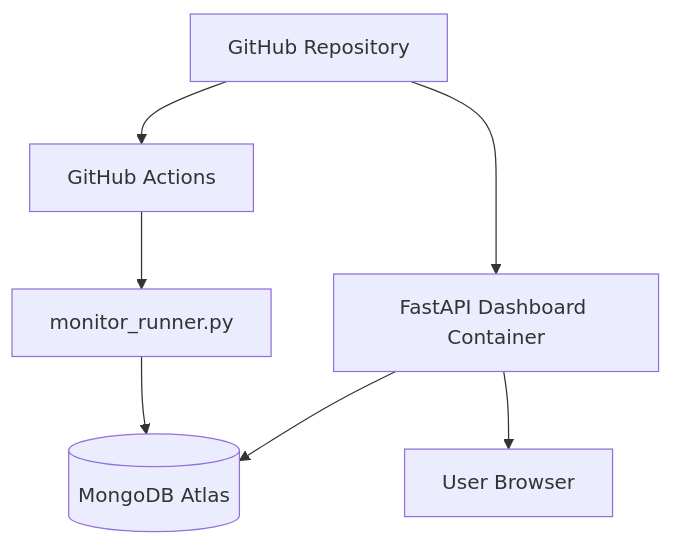
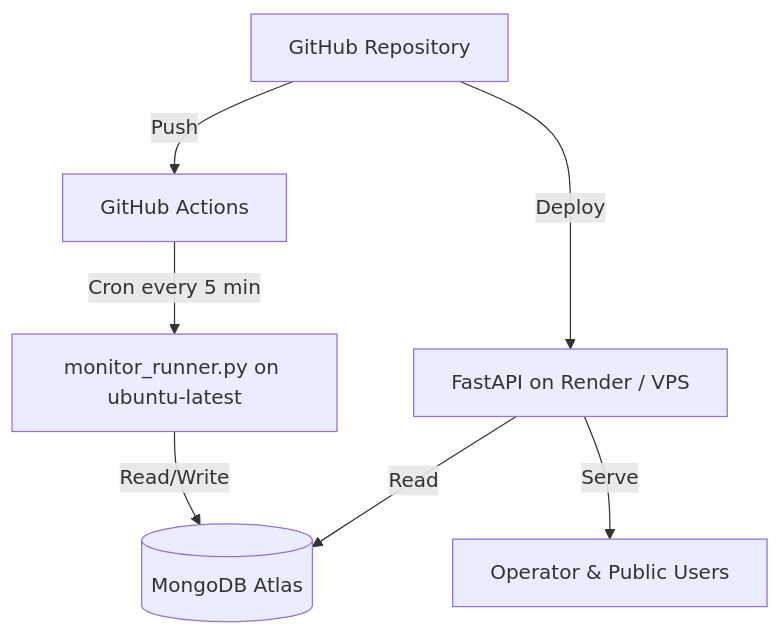
The third of 3 diagrams in README.md (UjjwalSaini07/Server-Guardian), drawn with Mermaid before and after one commit. The commit also changed other lines of this file, not shown here.

````diff
--- a/README.md
+++ b/README.md
@@ -83,9 +167,9 @@
 ```mermaid
 graph TD
-    Source[GitHub Repository] --> Actions[GitHub Actions]
-    Source --> App[FastAPI Dashboard Container]
-    Actions --> Worker[monitor_runner.py]
-    Worker --> Atlas[(MongoDB Atlas)]
-    App --> Atlas
-    App --> Browser[User Browser]
+    Repo[GitHub Repository] -->|Push| GHA[GitHub Actions]
+    Repo -->|Deploy| Render[FastAPI on Render / VPS]
+    GHA -->|Cron every 5 min| Runner[monitor_runner.py on ubuntu-latest]
+    Runner -->|Read/Write| Atlas[(MongoDB Atlas)]
+    Render -->|Read| Atlas
+    Render -->|Serve| Browser[Operator & Public Users]
 ```
````
